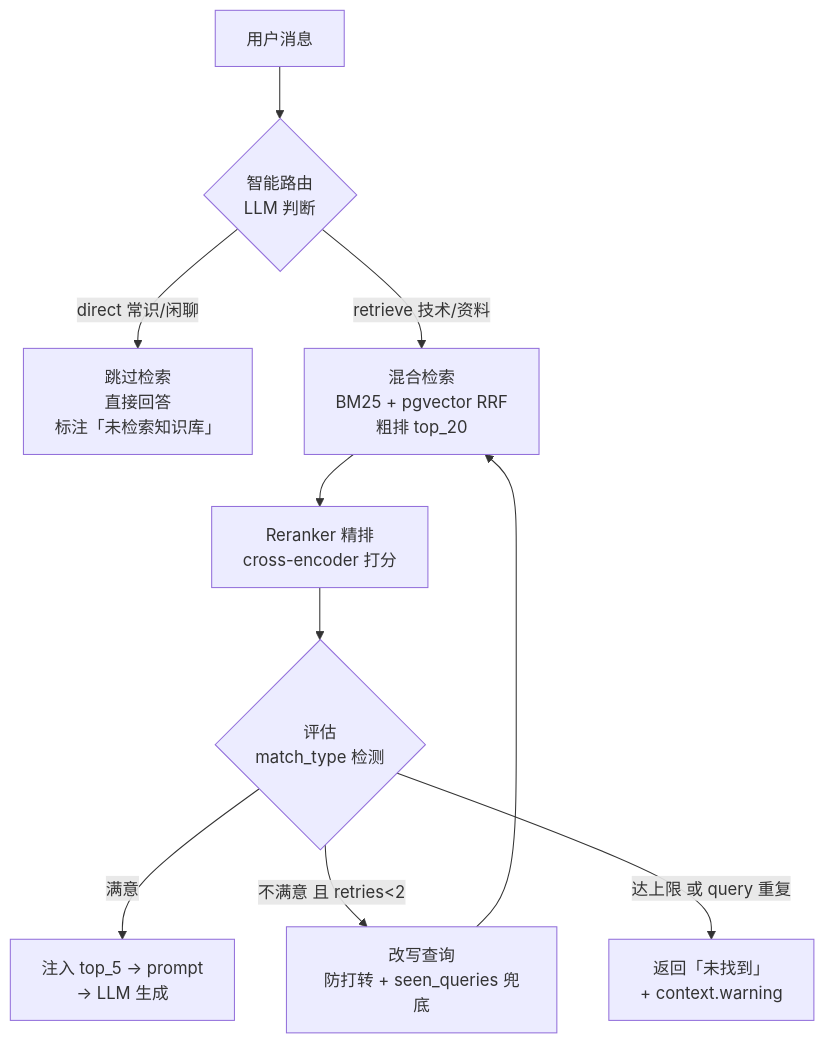
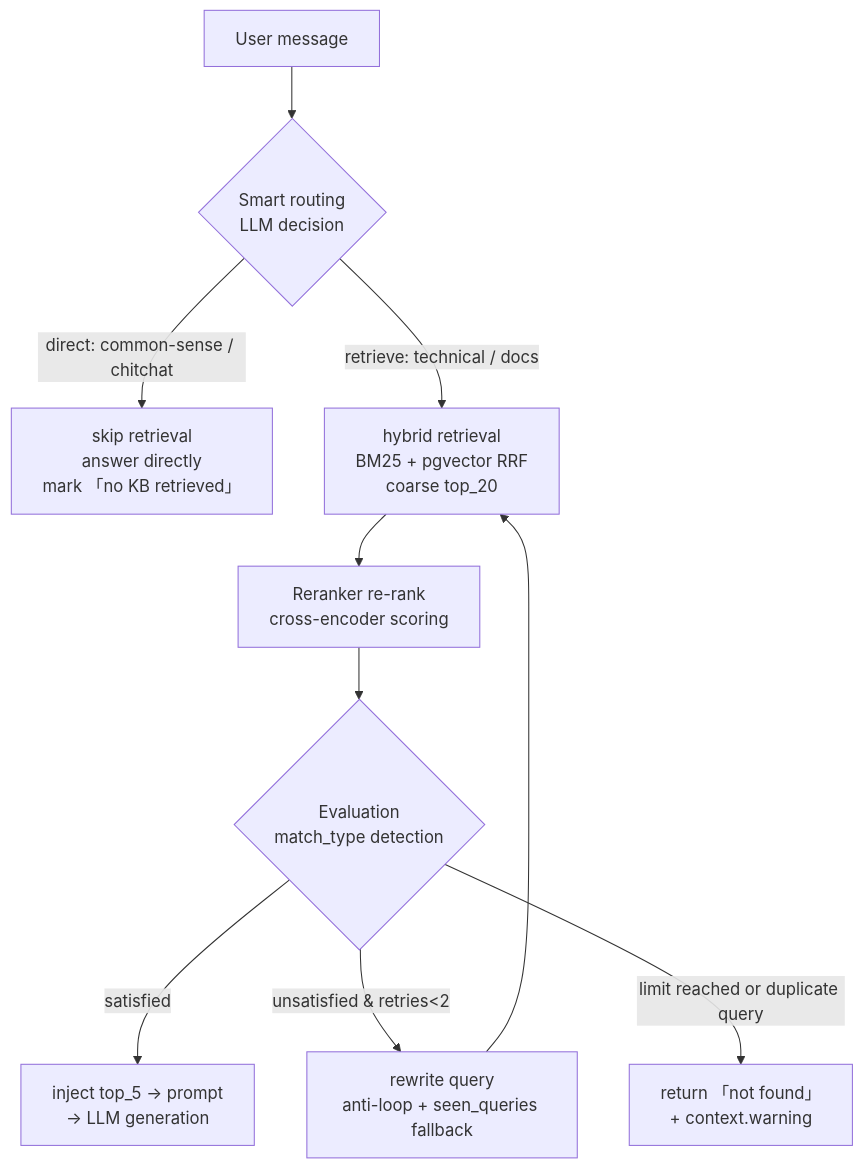
One commit to KevinDeng-0411/AI-CodeReviewCenter changed the third of 4 diagrams in README.md. Above: the diagram before and after it, drawn with Mermaid. The commit also changed other lines of this file and 1 other file, not shown here.

First line of the commit message:
docs: 英文 README 正文/图全英文 + PDF 表格边界；fix(stop.sh): 前端进程匹配

````diff
--- a/README.md
+++ b/README.md
@@ -207,12 +207,12 @@
 ```mermaid
 flowchart TD
-    A[用户消息] --> B{智能路由<br/>LLM 判断}
-    B -->|direct 常识/闲聊| C[跳过检索<br/>直接回答<br/>标注「未检索知识库」]
-    B -->|retrieve 技术/资料| D[混合检索<br/>BM25 + pgvector RRF<br/>粗排 top_20]
-    D --> E[Reranker 精排<br/>cross-encoder 打分]
-    E --> F{评估<br/>match_type 检测}
-    F -->|满意| G[注入 top_5 → prompt<br/>→ LLM 生成]
-    F -->|不满意 且 retries<2| H[改写查询<br/>防打转 + seen_queries 兜底]
+    A[User message] --> B{Smart routing<br/>LLM decision}
+    B -->|direct: common-sense / chitchat| C[skip retrieval<br/>answer directly<br/>mark 「no KB retrieved」]
+    B -->|retrieve: technical / docs| D[hybrid retrieval<br/>BM25 + pgvector RRF<br/>coarse top_20]
+    D --> E[Reranker re-rank<br/>cross-encoder scoring]
+    E --> F{Evaluation<br/>match_type detection}
+    F -->|satisfied| G[inject top_5 → prompt<br/>→ LLM generation]
+    F -->|unsatisfied & retries<2| H[rewrite query<br/>anti-loop + seen_queries fallback]
     H --> D
-    F -->|达上限 或 query 重复| I[返回「未找到」<br/>+ context.warning]
+    F -->|limit reached or duplicate query| I[return 「not found」<br/>+ context.warning]
 ```
````
